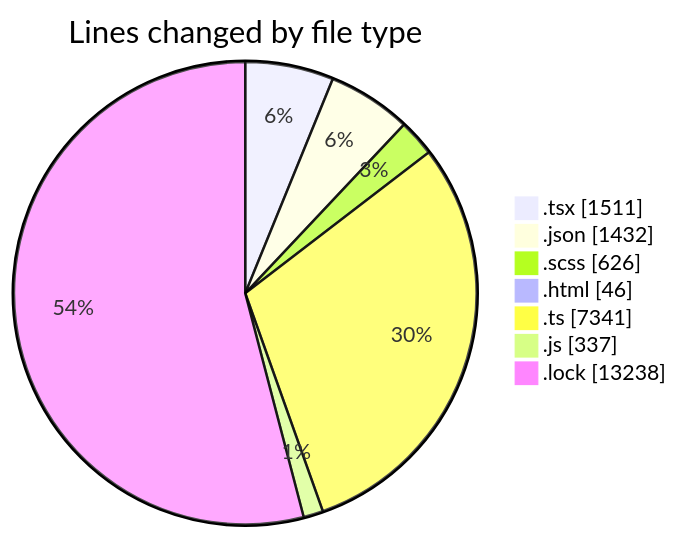
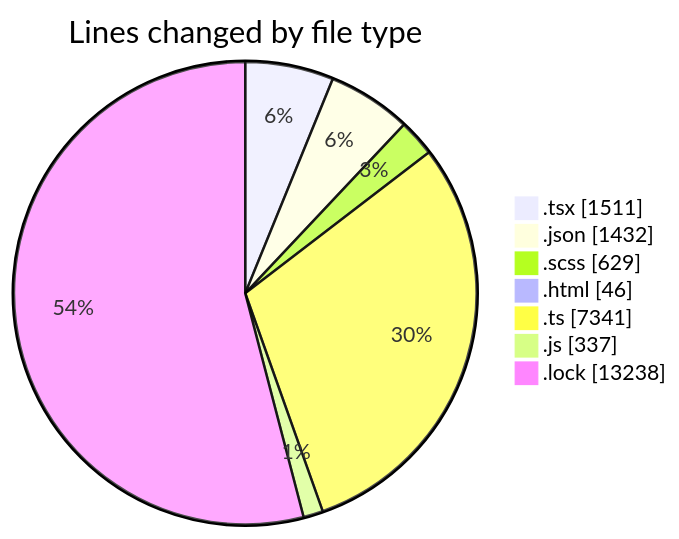
The first of 2 diagrams in 2026-04-14/cda/README.md (momahboobian/code-tracking), drawn with Mermaid before and after one commit. The commit also changed other lines of this file and 1 other file, not shown here.

````diff
--- a/2026-04-14/cda/README.md
+++ b/2026-04-14/cda/README.md
@@ -50,11 +50,11 @@
 ```mermaid
 pie showData
 title Lines changed by file type
 ".tsx" : 1511
 ".json" : 1432
-".scss" : 626
+".scss" : 629
 ".html" : 46
 ".ts" : 7341
 ".js" : 337
 ".lock" : 13238
 ```
````
